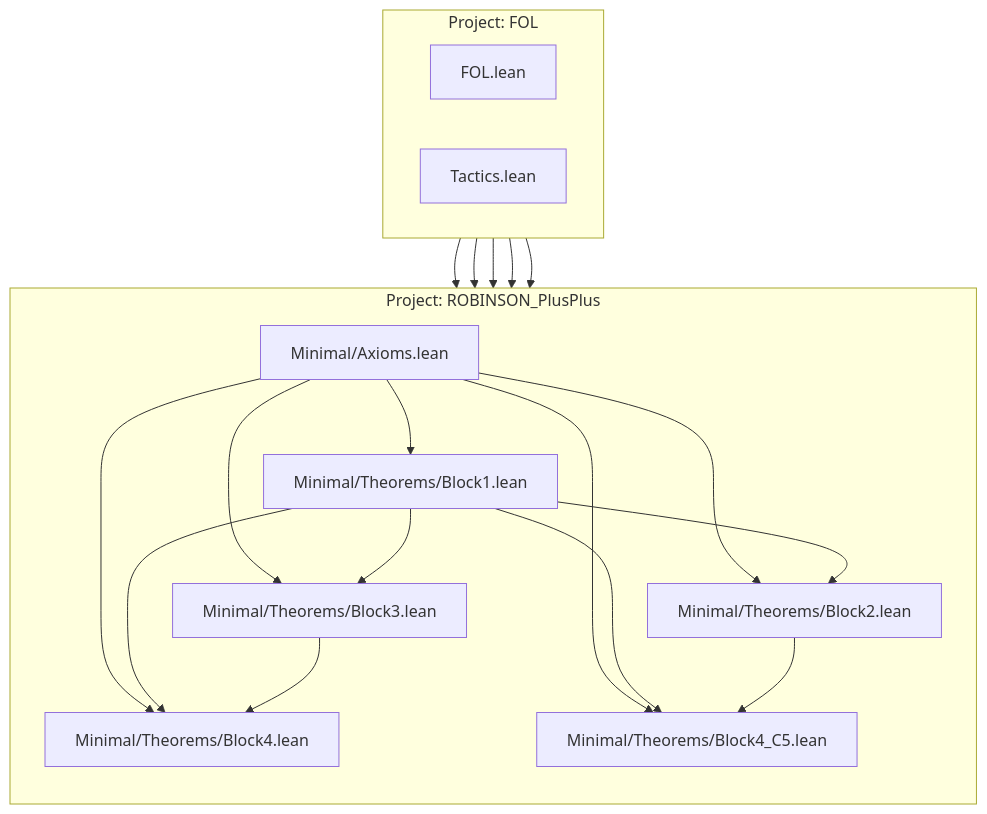
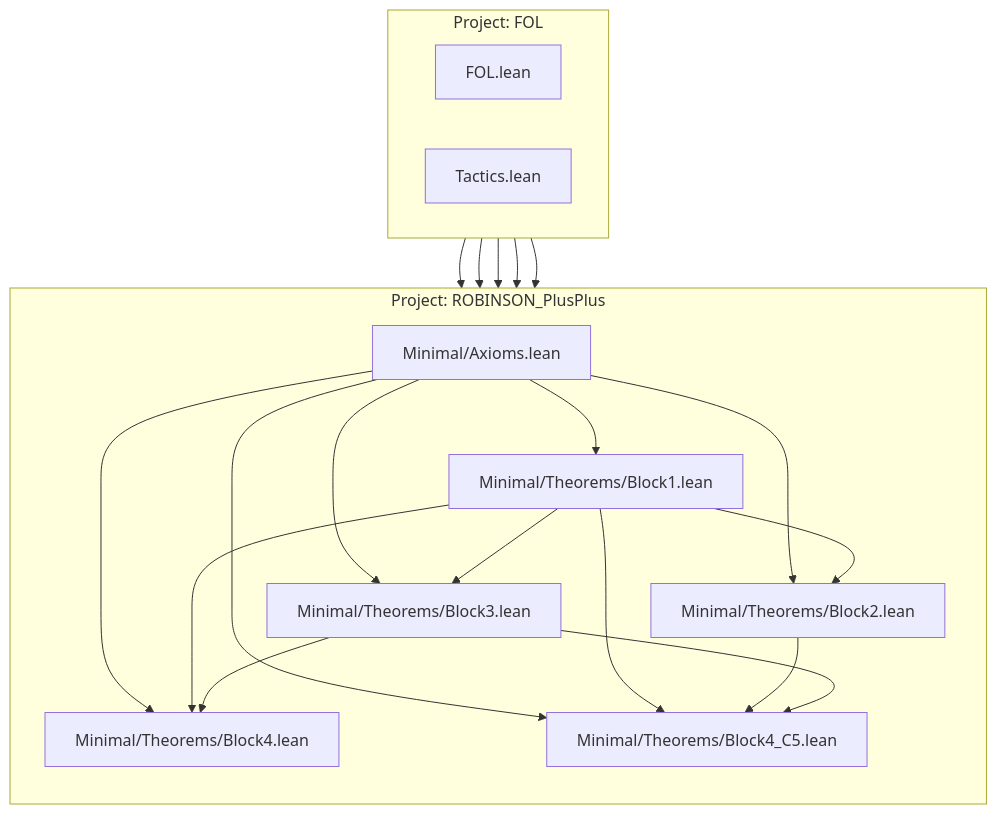
One commit to julian1c2a/ROBINSON_PlusPlus changed the diagram in REFERENCE.md. Above: the diagram before and after it, drawn with Mermaid. The commit also changed 4 other files, not shown here.

````diff
--- a/REFERENCE.md
+++ b/REFERENCE.md
@@ -104,35 +104,36 @@
 ```mermaid
 graph TD
     subgraph "Project: FOL"
         direction LR
         FOL_FOL["FOL.lean"]
         FOL_Tactics["Tactics.lean"]
     end
 
     subgraph "Project: ROBINSON_PlusPlus"
         direction TB
         Axioms["Minimal/Axioms.lean"]
         Block1["Minimal/Theorems/Block1.lean"]
         Block2["Minimal/Theorems/Block2.lean"]
         Block3["Minimal/Theorems/Block3.lean"]
         Block4["Minimal/Theorems/Block4.lean"]
         Block4_C5["Minimal/Theorems/Block4_C5.lean"]
     end
 
     FOL_FOL --> Axioms
     Axioms --> Block1
     Axioms --> Block2
     Axioms --> Block3
     Axioms --> Block4
     Axioms --> Block4_C5
     Block1 --> Block2
     Block1 --> Block3
     Block1 --> Block4
     Block1 --> Block4_C5
     Block2 --> Block4_C5
+    Block3 --> Block4_C5
     Block3 --> Block4
     FOL_Tactics --> Block1
     FOL_Tactics --> Block2
     FOL_Tactics --> Block4_C5
     FOL_Tactics --> Block3
 ```
````
